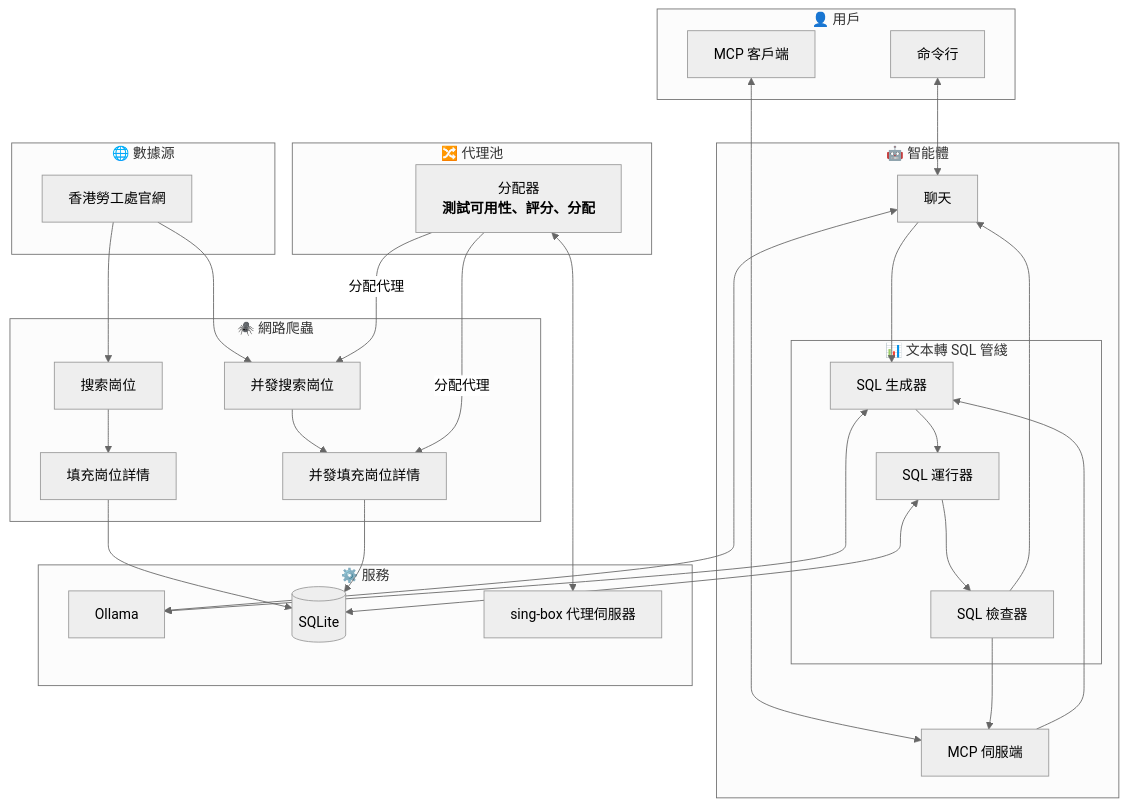
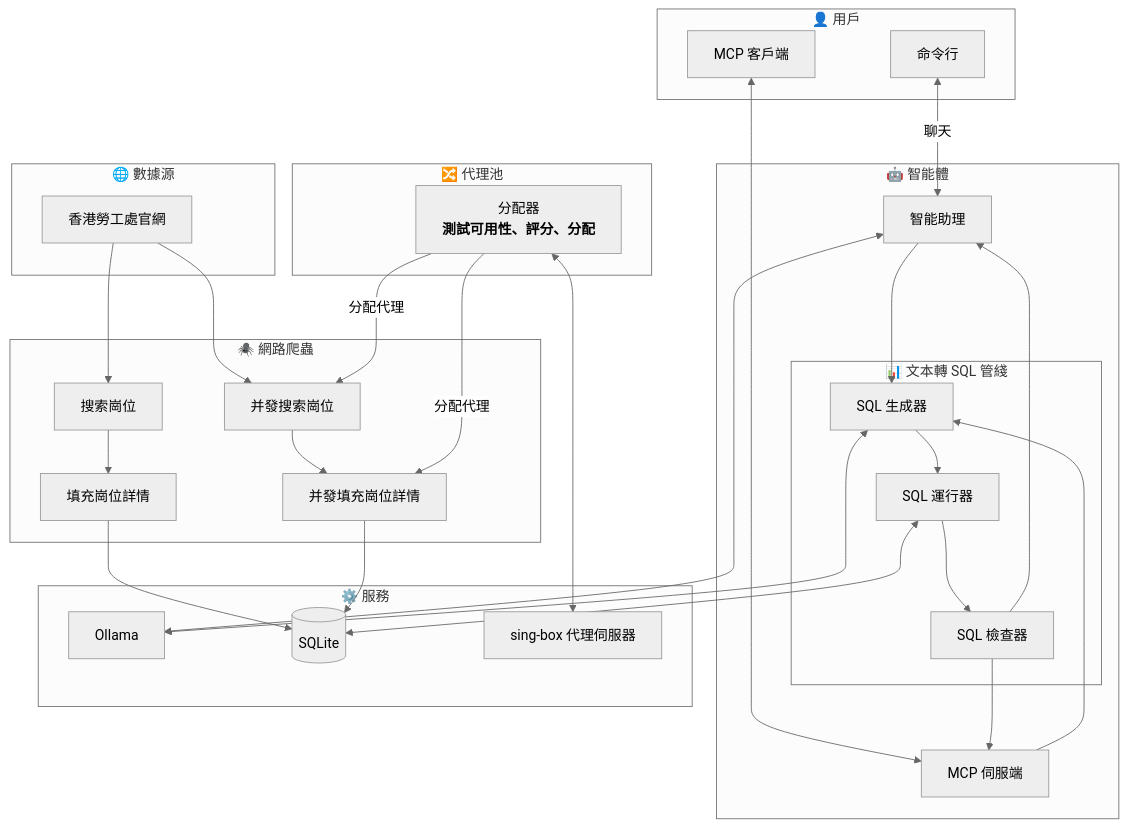
Before and after one commit to JJ-Jacko/jobs_hk: the diagram in README_zh_hk.md, drawn with Mermaid (neutral theme). The commit also changed 2 other files, not shown here.

Commit message:
refactor(README.Sturcture): chat -> assistant.

````diff
--- a/README_zh_hk.md
+++ b/README_zh_hk.md
@@ -51,70 +51,70 @@
 ```mermaid
 flowchart
     subgraph User["👤 用戶"]
         CLI[命令行]
         MCP_CLIENT[MCP 客戶端]
     end
 
     subgraph Scraper["🕷️ 網路爬蟲"]
         search_job[搜索崗位]
         search_job_mt[并發搜索崗位]
         fill_job[填充崗位詳情]
         fill_job_mt[并發填充崗位詳情]
     end
 
     subgraph ProxyPool["🔀 代理池"]
         assigner[分配器<br><strong>測試可用性、評分、分配<strong/>]
     end
 
     subgraph SQL_pipline["📊 文本轉 SQL 管綫"]
         SQL_generator[SQL 生成器]
         SQL_runner[SQL 運行器]
         SQL_checker[SQL 檢查器]
     end
 
     subgraph AI["🤖 智能體"]
-        chat[聊天]
+        assistant[智能助理]
         MCP_server[MCP 伺服端]
         SQL_pipline
     end
 
     subgraph Service["⚙️ 服務"]
         Ollama[Ollama]
         SQLite[(SQLite)]
         proxy_server["sing-box 代理伺服器"]
     end
 
     subgraph DataSource["🌐 數據源"]
         web_src[香港勞工處官網]
     end
 
-    CLI <--> chat
+    CLI <-->|聊天| assistant
     MCP_CLIENT <--> MCP_server
 
-    chat <--> Ollama
-    chat --> SQL_generator
+    assistant <--> Ollama
+    assistant --> SQL_generator
 
     MCP_server --> SQL_generator
 
     SQL_generator --> SQL_runner
     SQL_generator <--> Ollama
 
     SQL_runner --> SQL_checker
     SQL_runner <--> SQLite
 
-    SQL_checker --> chat
+    SQL_checker --> assistant
     SQL_checker --> MCP_server
 
     web_src --> search_job
     web_src --> search_job_mt
 
     search_job --> fill_job
     search_job_mt --> fill_job_mt
 
     fill_job --> SQLite
     fill_job_mt --> SQLite
 
     assigner -->|分配代理| search_job_mt
     assigner -->|分配代理| fill_job_mt
     assigner <--> proxy_server
 ```
````
